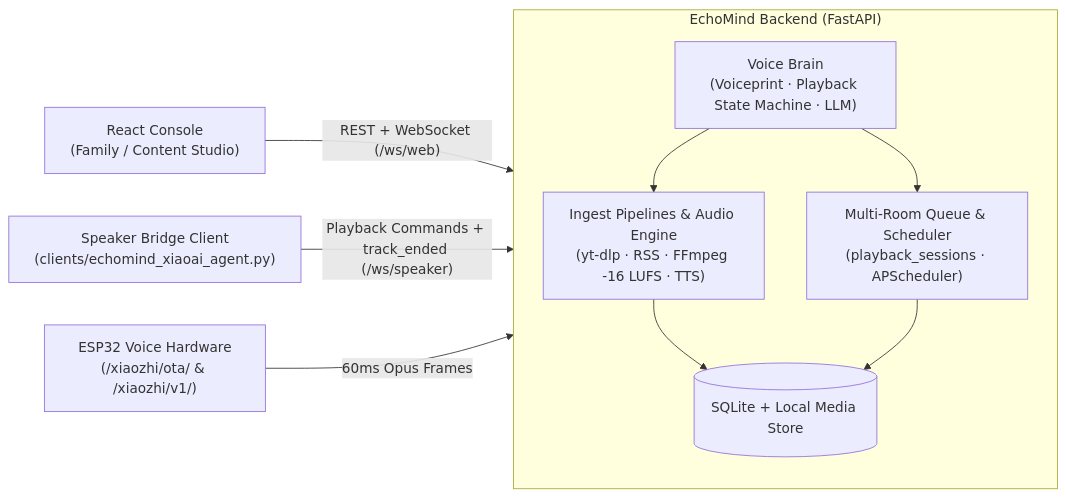
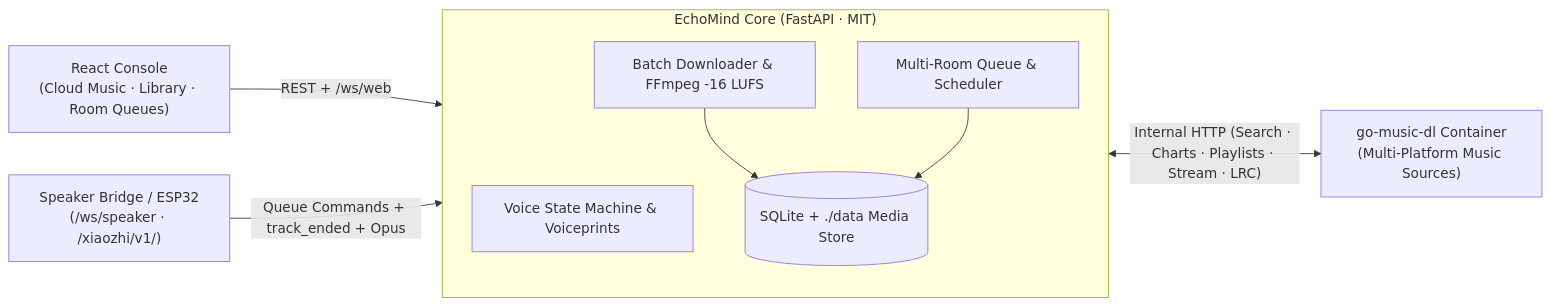
Before and after one commit to lysforge/echomind: the diagram in README.en.md, drawn with Mermaid. The commit also changed other lines of this file and 17 other files, not shown here.

Commit message:
feat: integrate go-music-dl companion engine and shift focus to full-family cloud music hub

````diff
--- a/README.en.md
+++ b/README.en.md
@@ -56,18 +50,16 @@
 ```mermaid
 flowchart LR
-  Web["React Console<br/>(Family / Content Studio)"] -- "REST + WebSocket (/ws/web)" --> Server
-  Speaker["Speaker Bridge Client<br/>(clients/echomind_xiaoai_agent.py)"] -- "Playback Commands + track_ended (/ws/speaker)" --> Server
-  ESP32["ESP32 Voice Hardware<br/>(/xiaozhi/ota/ & /xiaozhi/v1/)"] -- "60ms Opus Frames" --> Server
+  Web["React Console<br/>(Cloud Music · Library · Room Queues)"] -- "REST + /ws/web" --> Core
+  Speaker["Speaker Bridge / ESP32<br/>(/ws/speaker · /xiaozhi/v1/)"] -- "Queue Commands + track_ended + Opus" --> Core
 
-  subgraph Server["EchoMind Backend (FastAPI)"]
-    Brain["Voice Brain<br/>(Voiceprint · Playback State Machine · LLM)"]
-    Queue["Multi-Room Queue & Scheduler<br/>(playback_sessions · APScheduler)"]
-    Ingest["Ingest Pipelines & Audio Engine<br/>(yt-dlp · RSS · FFmpeg -16 LUFS · TTS)"]
-    DB[("SQLite + Local Media Store")]
+  subgraph Core["EchoMind Core (FastAPI · MIT)"]
+    Brain["Voice State Machine & Voiceprints"]
+    Queue["Multi-Room Queue & Scheduler"]
+    CloudMgr["Batch Downloader & FFmpeg -16 LUFS"]
+    DB[("SQLite + ./data Media Store")]
   end
 
-  Brain --> Queue
-  Brain --> Ingest
-  Ingest --> DB
+  Core <-- "Internal HTTP (Search · Charts · Playlists · Stream · LRC)" --> GMD["go-music-dl Container<br/>(Multi-Platform Music Sources)"]
+  CloudMgr --> DB
   Queue --> DB
 ```
````
